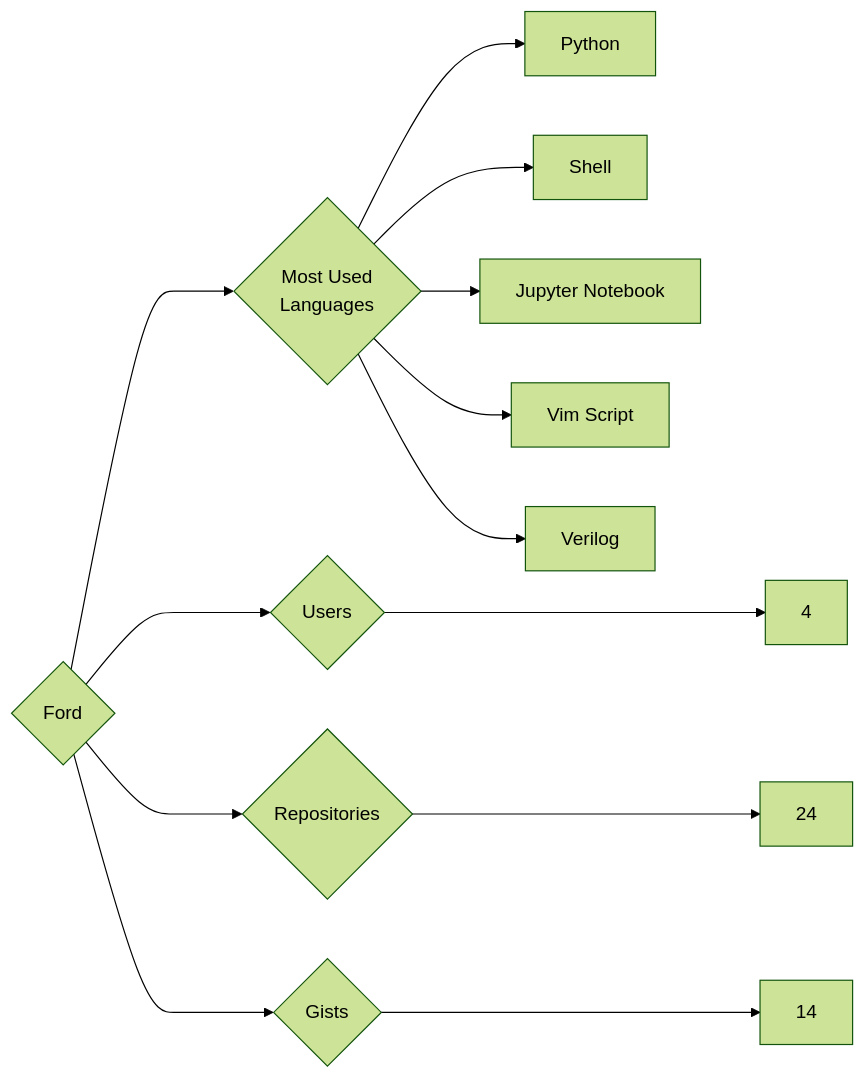
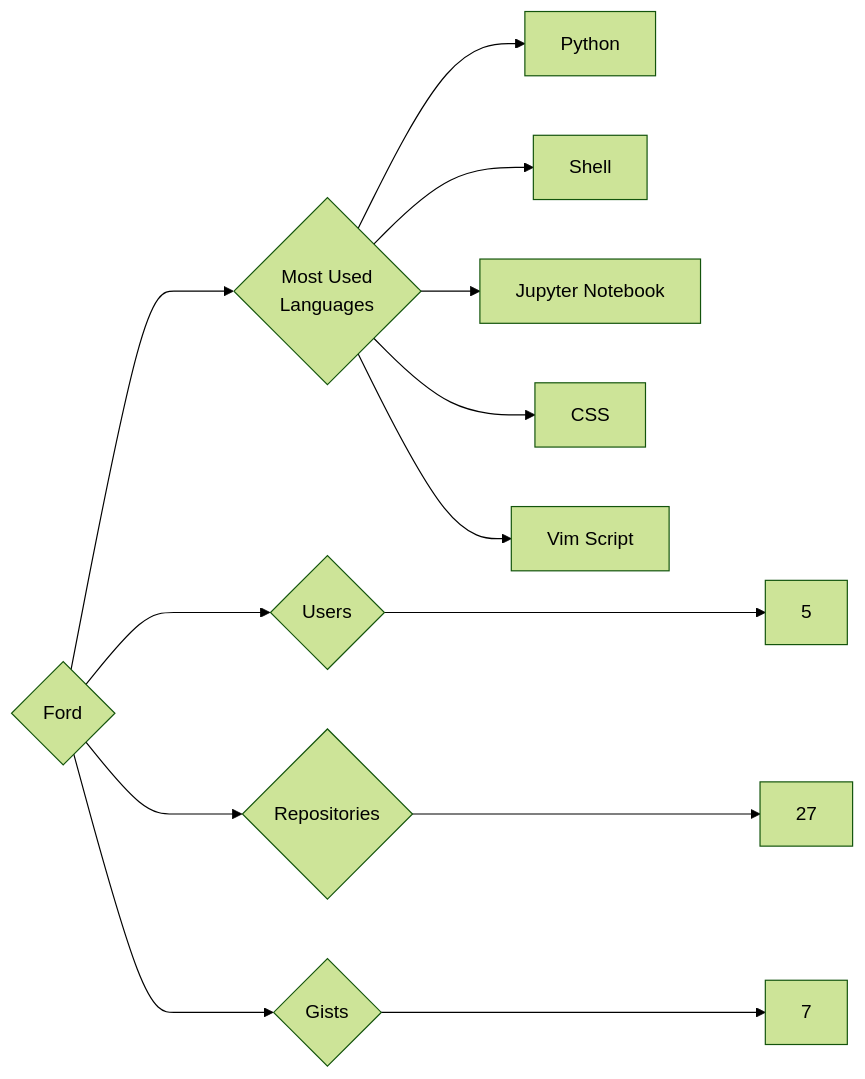
Before and after one commit to trickest/insiders: the diagram in targets/Ford/README.md, drawn with Mermaid (forest theme). The commit also changed 998 other files, not shown here.

````diff
--- a/targets/Ford/README.md
+++ b/targets/Ford/README.md
@@ -3,13 +3,13 @@
 ```mermaid
 graph LR
 COMPANY_NAME{Ford}
-COMPANY_NAME ---> U{Users} ---> UN[4]
-COMPANY_NAME ---> R{Repositories} ---> RN[24]
-COMPANY_NAME ---> G{Gists} ---> GN[14]
+COMPANY_NAME ---> U{Users} ---> UN[5]
+COMPANY_NAME ---> R{Repositories} ---> RN[27]
+COMPANY_NAME ---> G{Gists} ---> GN[7]
 COMPANY_NAME ---> ML{Most Used<br>Languages}
 ML --> Python[Python]
 ML --> Shell[Shell]
 ML --> Jupyter_Notebook[Jupyter Notebook]
+ML --> CSS[CSS]
 ML --> Vim_Script[Vim Script]
-ML --> Verilog[Verilog]
 ```
````
